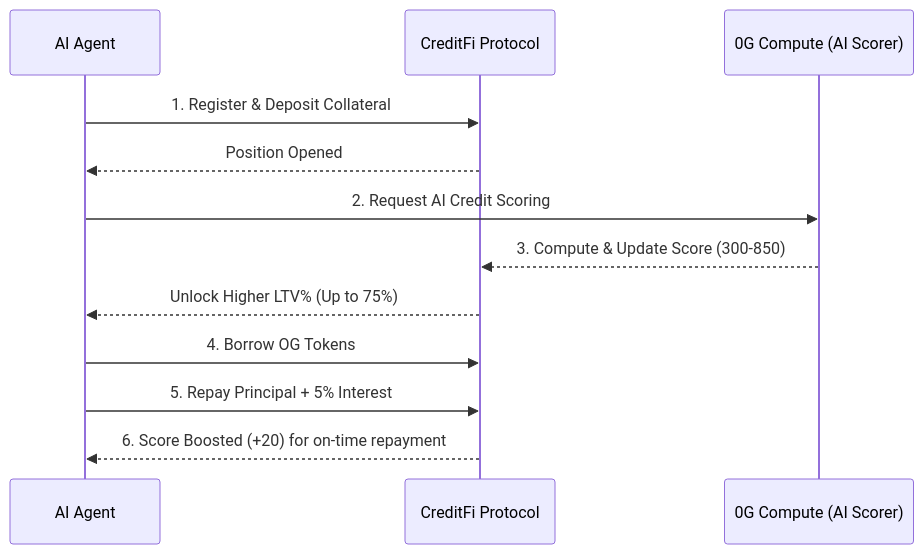
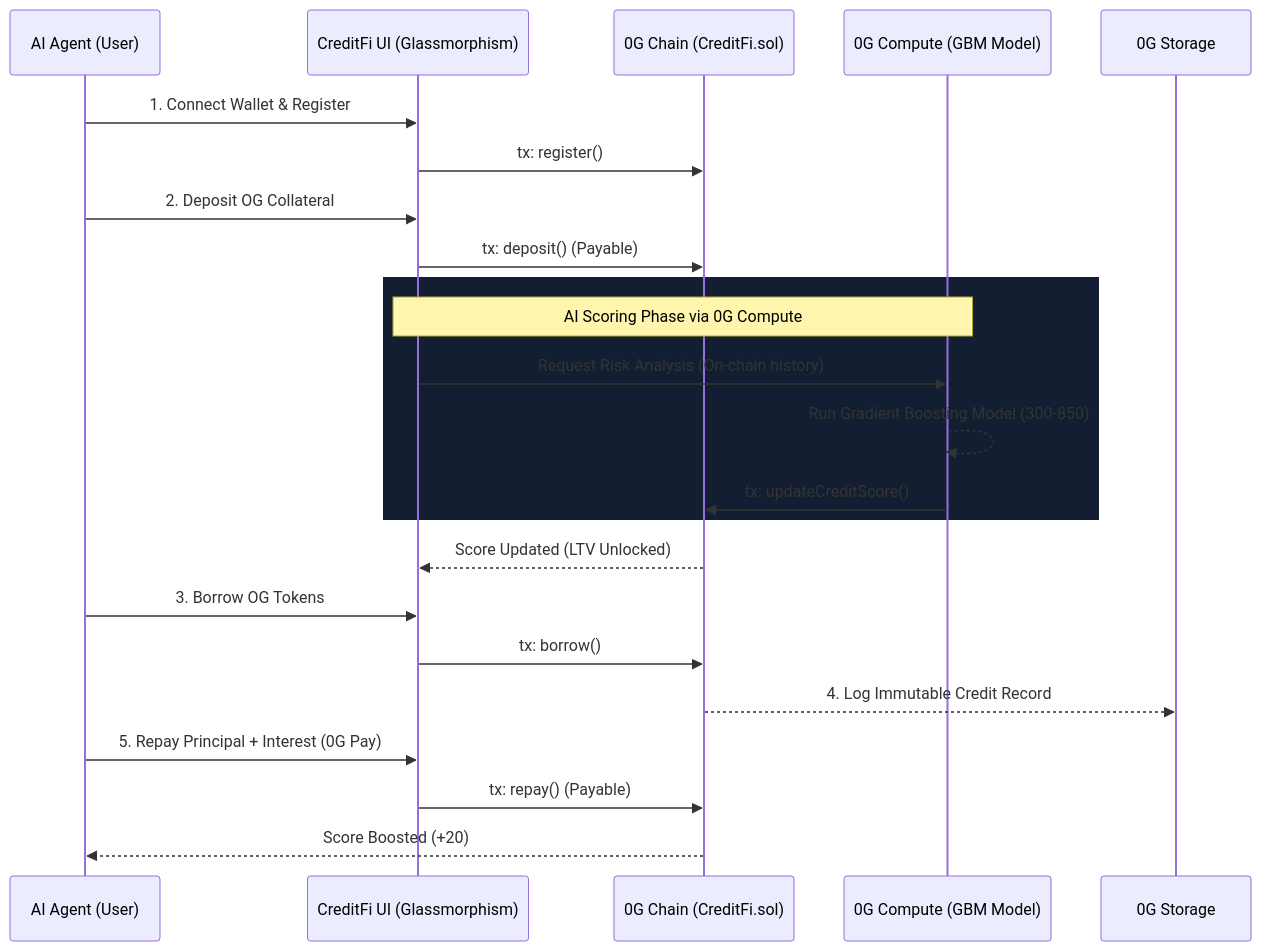
Before and after one commit to Cyptoboy777/Og-creditfi: the diagram in README.md, drawn with Mermaid. The commit also changed other lines of this file, not shown here.

Commit message:
docs: deeply expand README with vision, architecture, and scoring details

````diff
--- a/README.md
+++ b/README.md
@@ -48,15 +69,28 @@
 ```mermaid
 sequenceDiagram
-    participant Agent as AI Agent
-    participant Protocol as CreditFi Protocol
-    participant Oracle as 0G Compute (AI Scorer)
+    participant Agent as AI Agent (User)
+    participant dApp as CreditFi UI (Glassmorphism)
+    participant Chain as 0G Chain (CreditFi.sol)
+    participant Oracle as 0G Compute (GBM Model)
+    participant Storage as 0G Storage
     
-    Agent->>Protocol: 1. Register & Deposit Collateral
-    Protocol-->>Agent: Position Opened
-    Agent->>Oracle: 2. Request AI Credit Scoring
-    Oracle-->>Protocol: 3. Compute & Update Score (300-850)
-    Protocol-->>Agent: Unlock Higher LTV% (Up to 75%)
-    Agent->>Protocol: 4. Borrow OG Tokens
-    Agent->>Protocol: 5. Repay Principal + 5% Interest
-    Protocol-->>Agent: 6. Score Boosted (+20) for on-time repayment
+    Agent->>dApp: 1. Connect Wallet & Register
+    dApp->>Chain: tx: register()
+    Agent->>dApp: 2. Deposit OG Collateral
+    dApp->>Chain: tx: deposit() (Payable)
+    
+    rect rgb(20, 30, 50)
+    Note over dApp, Oracle: AI Scoring Phase via 0G Compute
+    dApp->>Oracle: Request Risk Analysis (On-chain history)
+    Oracle-->>Oracle: Run Gradient Boosting Model (300-850)
+    Oracle->>Chain: tx: updateCreditScore()
+    end
+    
+    Chain-->>dApp: Score Updated (LTV Unlocked)
+    Agent->>dApp: 3. Borrow OG Tokens
+    dApp->>Chain: tx: borrow()
+    Chain-->>Storage: 4. Log Immutable Credit Record
+    Agent->>dApp: 5. Repay Principal + Interest (0G Pay)
+    dApp->>Chain: tx: repay() (Payable)
+    Chain-->>Agent: Score Boosted (+20)
 ```
````
